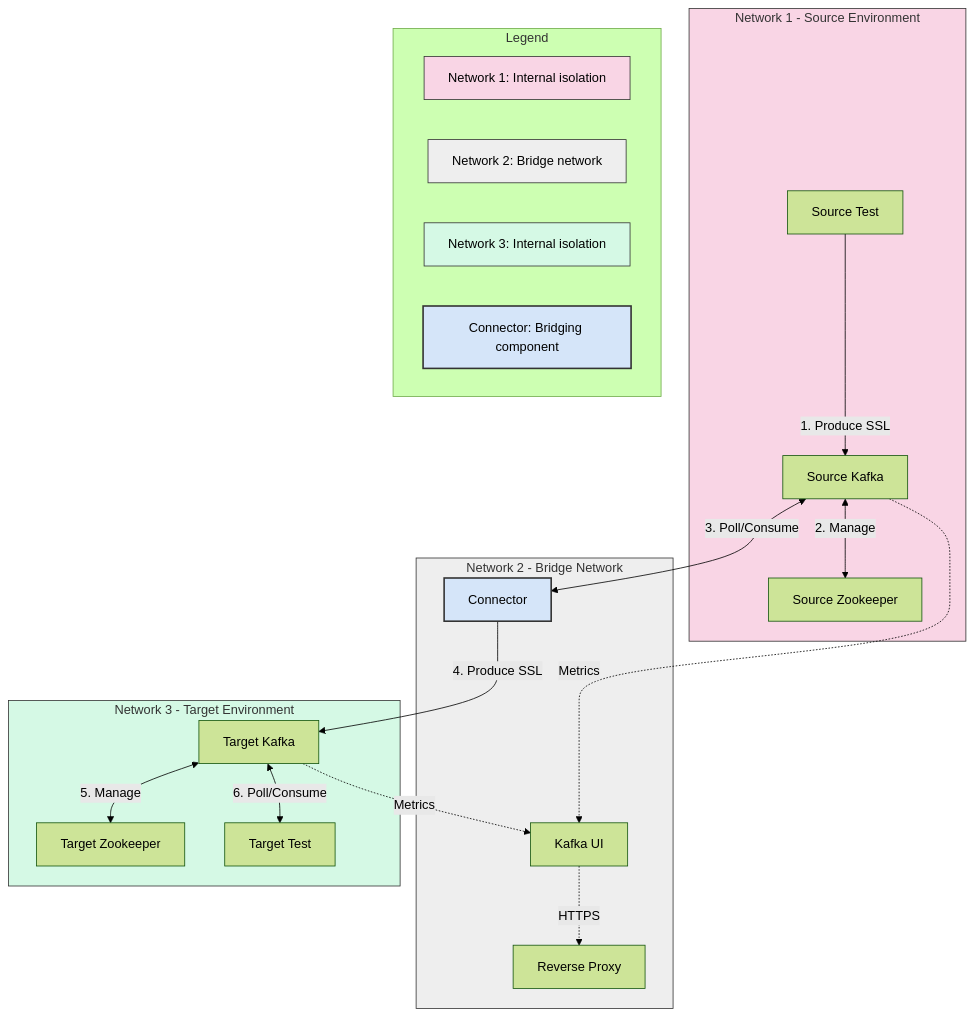
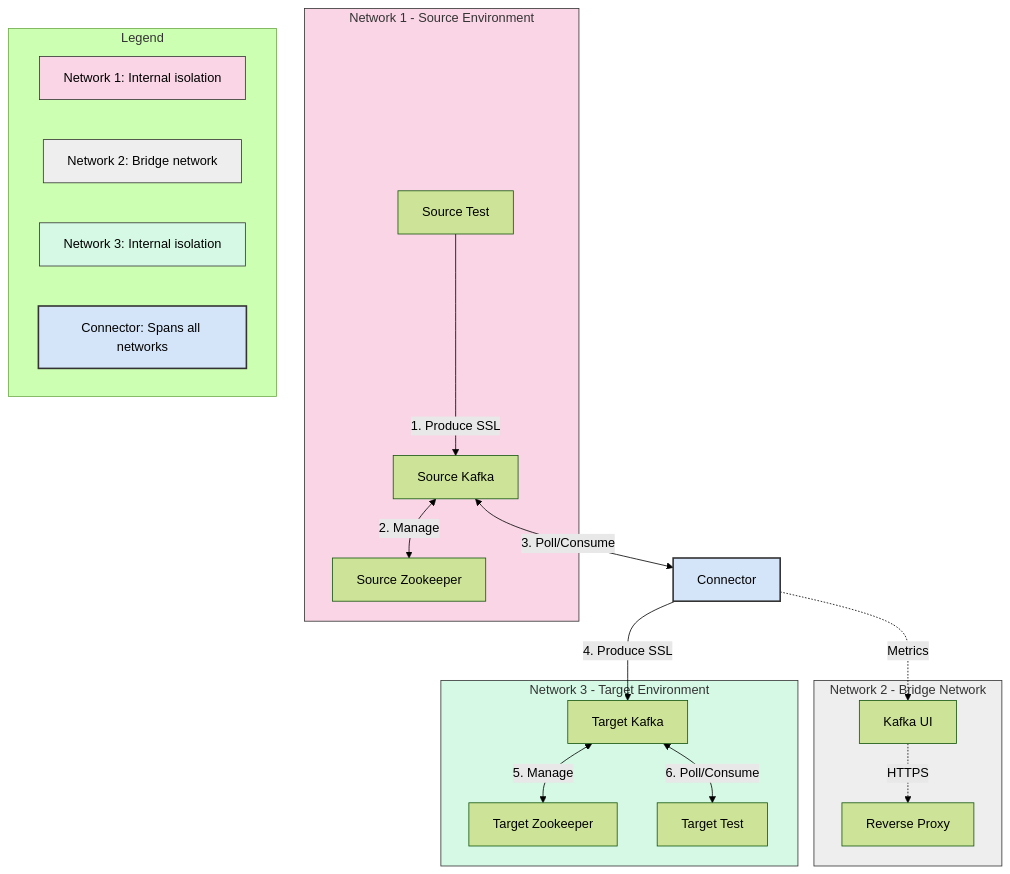
One commit to khandaa/data-streaming-v2 changed the second of 2 diagrams in documentation.md. Above: the diagram before and after it, drawn with Mermaid (forest theme). The commit also changed other lines of this file and 5 other files, not shown here.

Commit message:
refactor: reorganize network architecture to isolate Kafka brokers and centralize connector as bridge

````diff
--- a/documentation.md
+++ b/documentation.md
@@ -246,58 +252,59 @@
 ```mermaid
 flowchart TD
     subgraph network1[Network 1 - Source Environment]
         SZ[Source Zookeeper]
         SK[Source Kafka]
         ST[Source Test]
     end
     
     subgraph network2[Network 2 - Bridge Network]
-        CN[Connector]
         KU[Kafka UI]
         RP[Reverse Proxy]
     end
     
     subgraph network3[Network 3 - Target Environment]
         TZ[Target Zookeeper]
         TK[Target Kafka]
         TC[Target Test]
     end
+    
+    %% Connector spanning all networks
+    CN[Connector] 
     
     %% Data flow connections
     ST -->|"1. Produce SSL"| SK
     SK <-->|"2. Manage"| SZ
     SK <-->|"3. Poll/Consume"| CN
     
     CN -->|"4. Produce SSL"| TK
     TK <-->|"5. Manage"| TZ
     TK <-->|"6. Poll/Consume"| TC
     
     %% UI monitoring connections
-    SK -.->|"Metrics"| KU
-    TK -.->|"Metrics"| KU
+    CN -.->|"Metrics"| KU
     KU -.->|"HTTPS"| RP
     
     %% Network Isolation Notes
     classDef sourceStyle fill:#f9d5e5,stroke:#333,stroke-width:1px
     classDef bridgeStyle fill:#eeeeee,stroke:#333,stroke-width:1px
     classDef targetStyle fill:#d5f9e5,stroke:#333,stroke-width:1px
     classDef connectorStyle fill:#d5e5f9,stroke:#333,stroke-width:2px,color:black
     
     class network1 sourceStyle
     class network2 bridgeStyle
     class network3 targetStyle
     class CN connectorStyle
     
     %% Add notes
     subgraph Legend
         N1[Network 1: Internal isolation]
         N2[Network 2: Bridge network]
         N3[Network 3: Internal isolation]
-        BR[Connector: Bridging component]
+        BR[Connector: Spans all networks]
     end
     
     class N1 sourceStyle
     class N2 bridgeStyle
     class N3 targetStyle
     class BR connectorStyle
 ```
````
